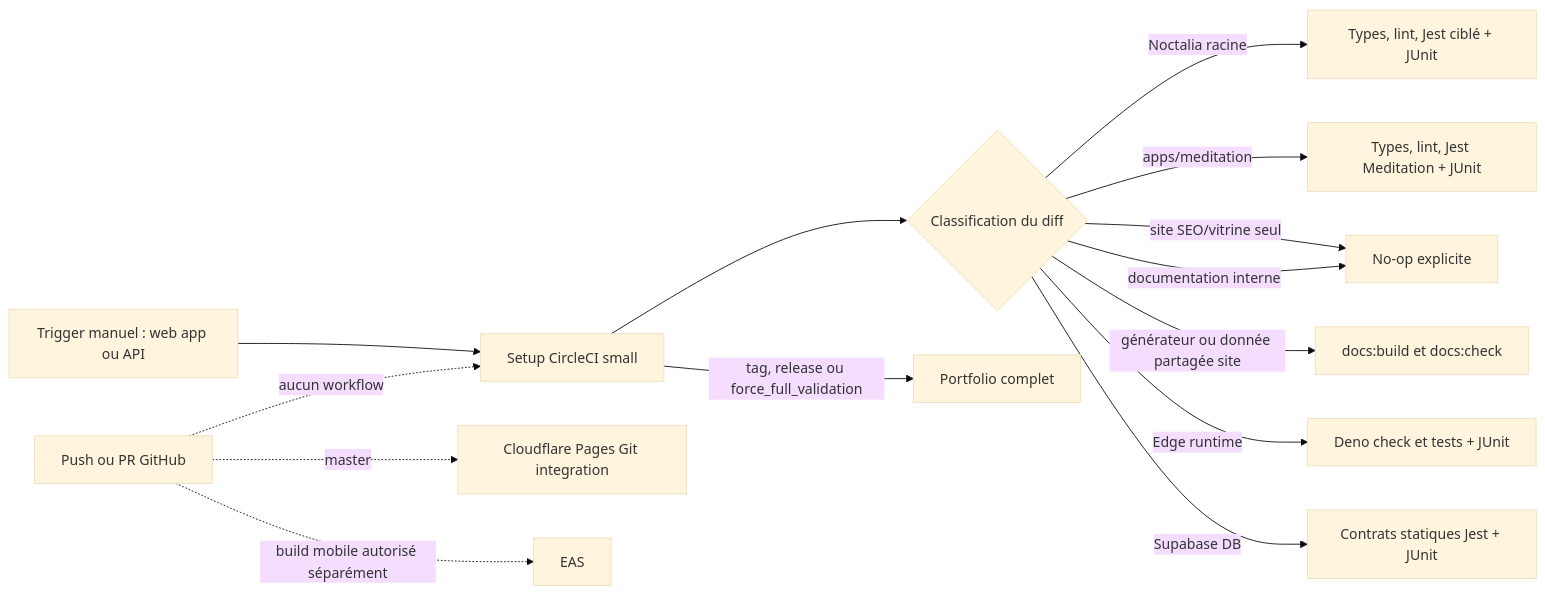
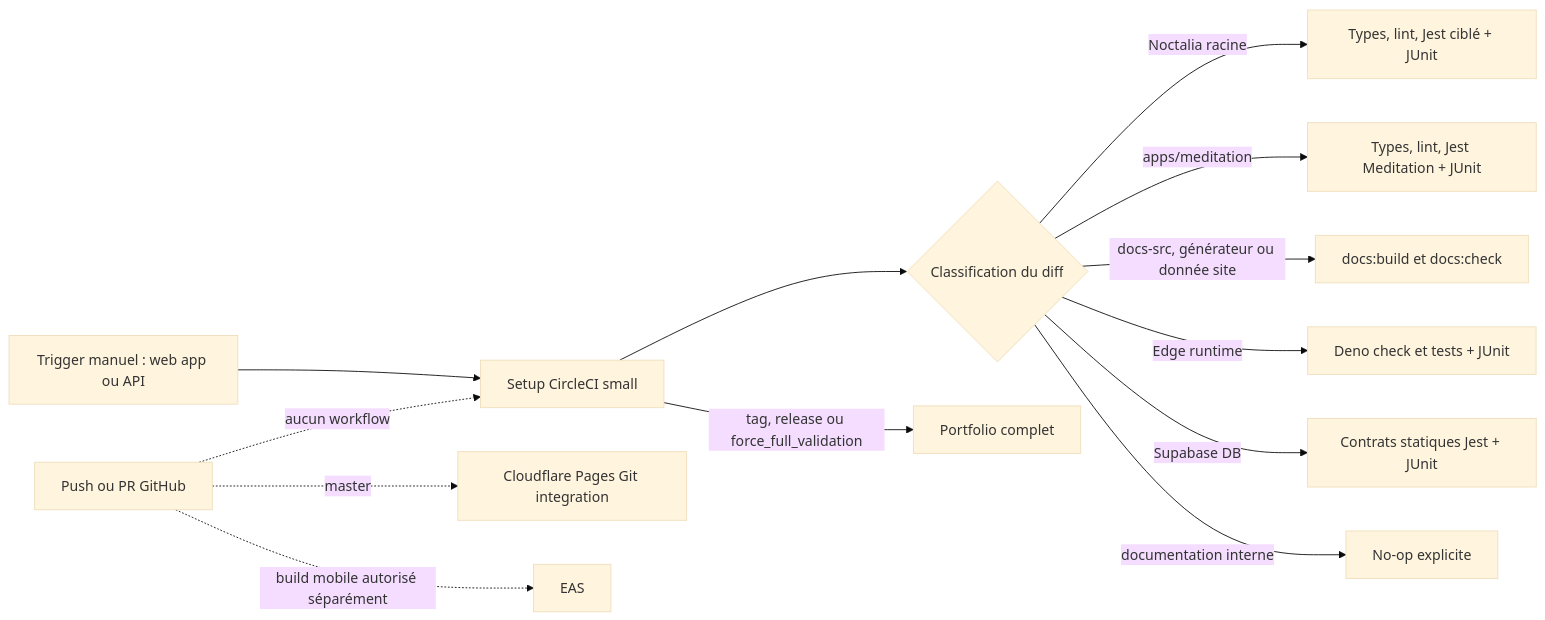
One commit to thannous/dreamer changed the diagram in doc_web_interne/docs/circleci-migration.md. Above: the diagram before and after it, drawn with Mermaid (base theme). The commit also changed other lines of this file and 15 other files, not shown here.

First line of the commit message:
ci: accept legacy OAuth manual triggers and check the site locally

````diff
--- a/doc_web_interne/docs/circleci-migration.md
+++ b/doc_web_interne/docs/circleci-migration.md
@@ -91,16 +101,15 @@
 ```mermaid
 flowchart LR
   T[Trigger manuel : web app ou API] --> S[Setup CircleCI small]
   GH[Push ou PR GitHub] -. aucun workflow .-> S
   S --> C{Classification du diff}
   C -->|Noctalia racine| N[Types, lint, Jest ciblé + JUnit]
   C -->|apps/meditation| M[Types, lint, Jest Meditation + JUnit]
-  C -->|site SEO/vitrine seul| Z[No-op explicite]
-  C -->|générateur ou donnée partagée site| D[docs:build et docs:check]
+  C -->|docs-src, générateur ou donnée site| D[docs:build et docs:check]
   C -->|Edge runtime| E[Deno check et tests + JUnit]
   C -->|Supabase DB| B[Contrats statiques Jest + JUnit]
   C -->|documentation interne| Z[No-op explicite]
   S -->|tag, release ou force_full_validation| F[Portfolio complet]
   GH -. master .-> CF[Cloudflare Pages Git integration]
   GH -. build mobile autorisé séparément .-> EA[EAS]
 ```
````
